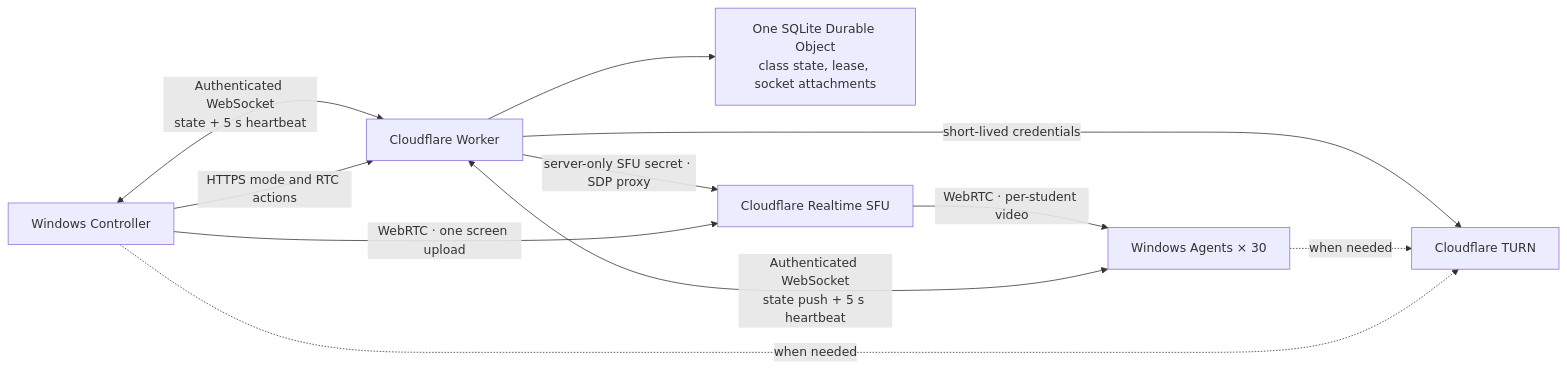
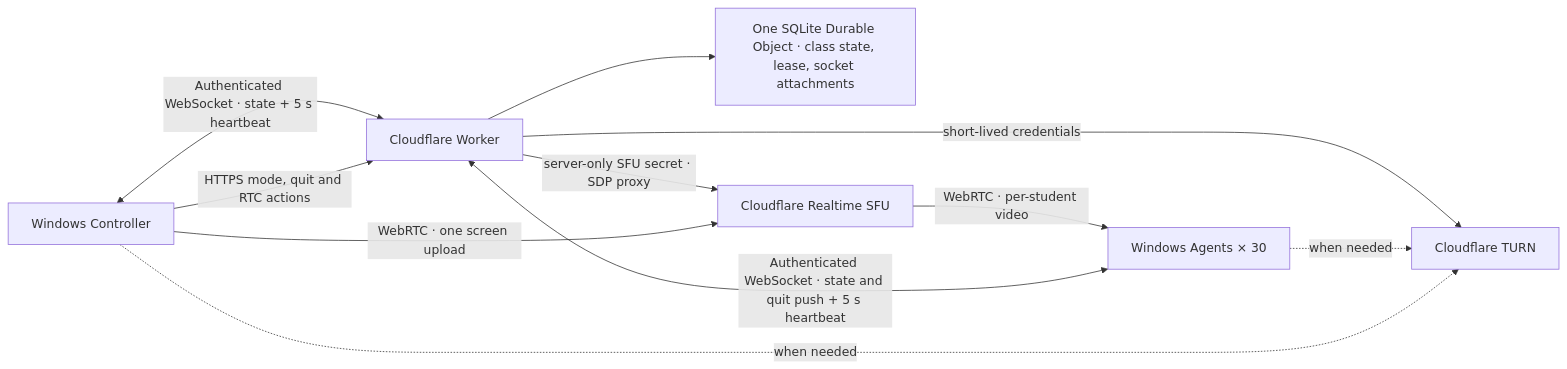
Before and after one commit to kindsusu/classrelay: the diagram in docs/architecture.md, drawn with Mermaid. The commit also changed other lines of this file and 11 other files, not shown here.

````diff
--- a/docs/architecture.md
+++ b/docs/architecture.md
@@ -11,13 +11,13 @@
 ```mermaid
 flowchart LR
-  C[Windows Controller] <-->|Authenticated WebSocket\nstate + 5 s heartbeat| W[Cloudflare Worker]
-  A[Windows Agents × 30] <-->|Authenticated WebSocket\nstate push + 5 s heartbeat| W
-  C -->|HTTPS mode and RTC actions| W
-  W --> D[One SQLite Durable Object\nclass state, lease, socket attachments]
+  C[Windows Controller] <-->|Authenticated WebSocket · state + 5 s heartbeat| W[Cloudflare Worker]
+  A[Windows Agents × 30] <-->|Authenticated WebSocket · state and quit push + 5 s heartbeat| W
+  C -->|HTTPS mode, quit and RTC actions| W
+  W --> D[One SQLite Durable Object · class state, lease, socket attachments]
   W -->|server-only SFU secret · SDP proxy| S[Cloudflare Realtime SFU]
   C -->|WebRTC · one screen upload| S
   S -->|WebRTC · per-student video| A
   W -->|short-lived credentials| T[Cloudflare TURN]
   A -. when needed .-> T
   C -. when needed .-> T
 ```
````
